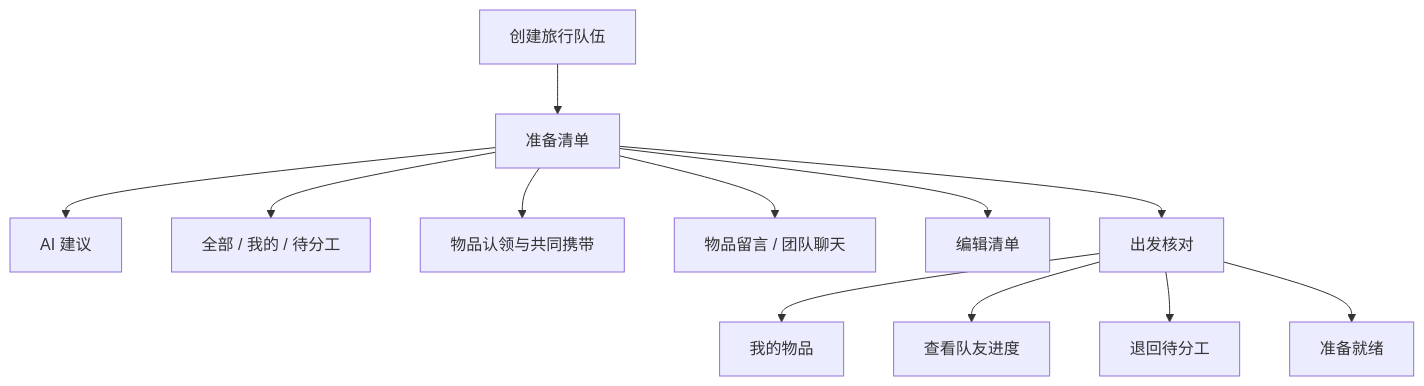
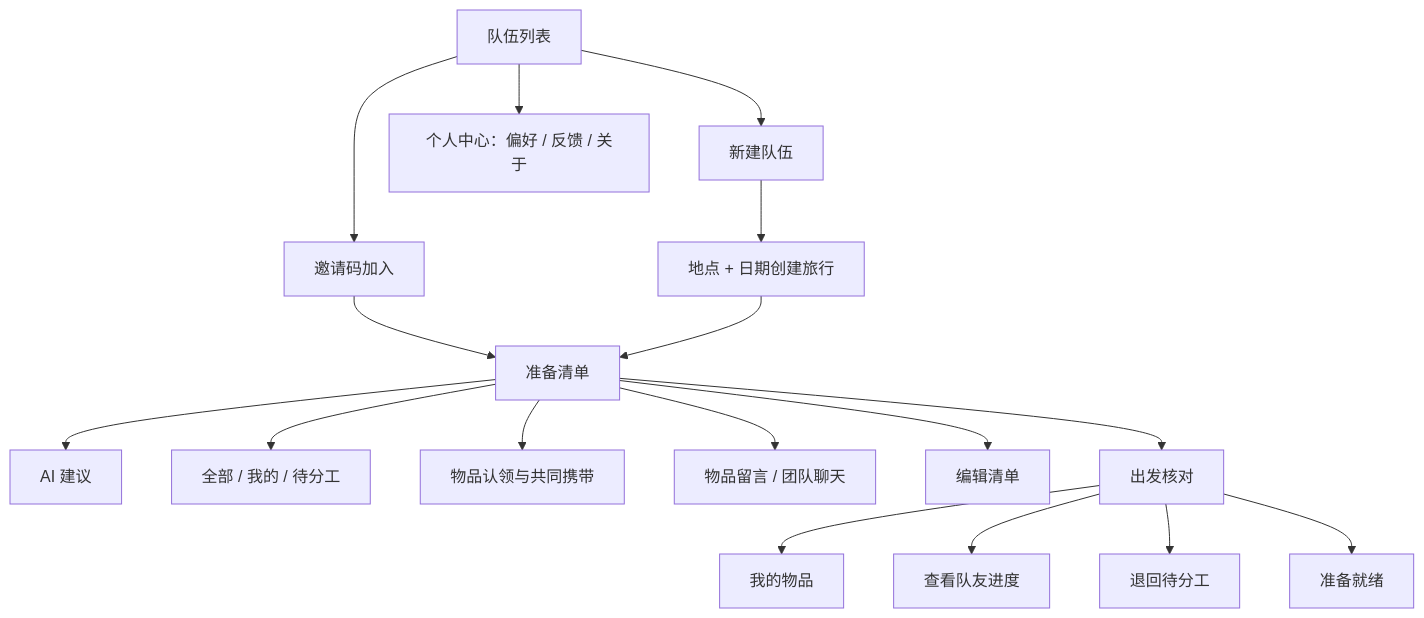
One commit to candy-zy/daiqi-ai-packlist changed the diagram in docs/PRODUCT_CASE_STUDY.md. Above: the diagram before and after it, drawn with Mermaid. The commit also changed other lines of this file and 4 other files, not shown here.

````diff
--- a/docs/PRODUCT_CASE_STUDY.md
+++ b/docs/PRODUCT_CASE_STUDY.md
@@ -65,14 +65,19 @@
 ```mermaid
 flowchart TD
-  S[创建旅行队伍] --> P[准备清单]
+  H[队伍列表] --> S1[新建队伍]
+  H --> S2[邀请码加入]
+  H --> M[个人中心：偏好 / 反馈 / 关于]
+  S1 --> S[地点 + 日期创建旅行]
+  S2 --> P[准备清单]
+  S --> P
   P --> P1[AI 建议]
   P --> P2[全部 / 我的 / 待分工]
   P --> P3[物品认领与共同携带]
   P --> P4[物品留言 / 团队聊天]
   P --> P5[编辑清单]
   P --> V[出发核对]
   V --> V1[我的物品]
   V --> V2[查看队友进度]
   V --> V3[退回待分工]
   V --> D[准备就绪]
 ```
````
